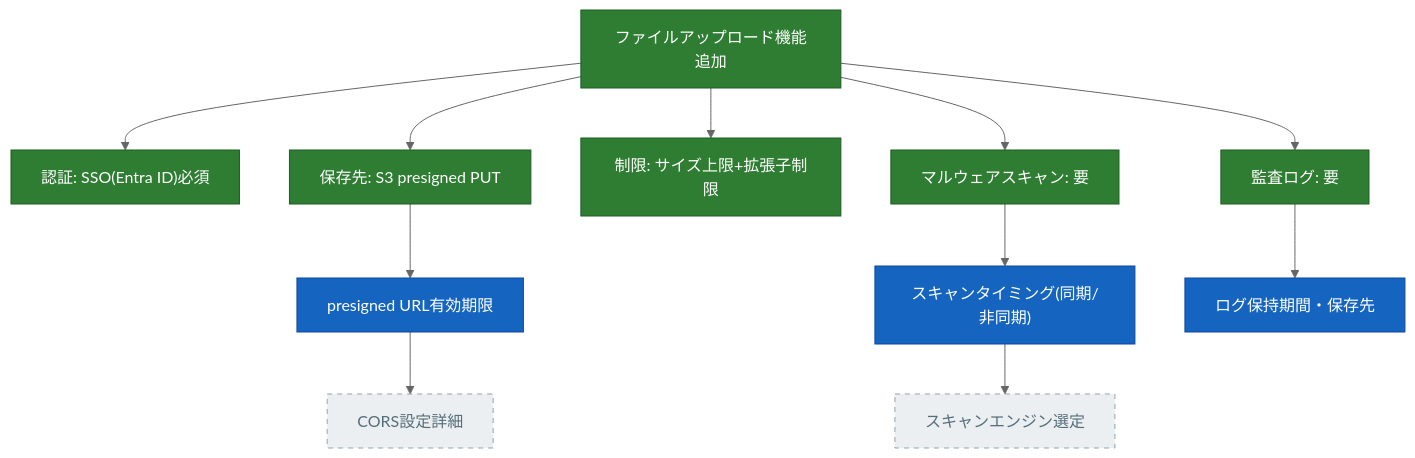
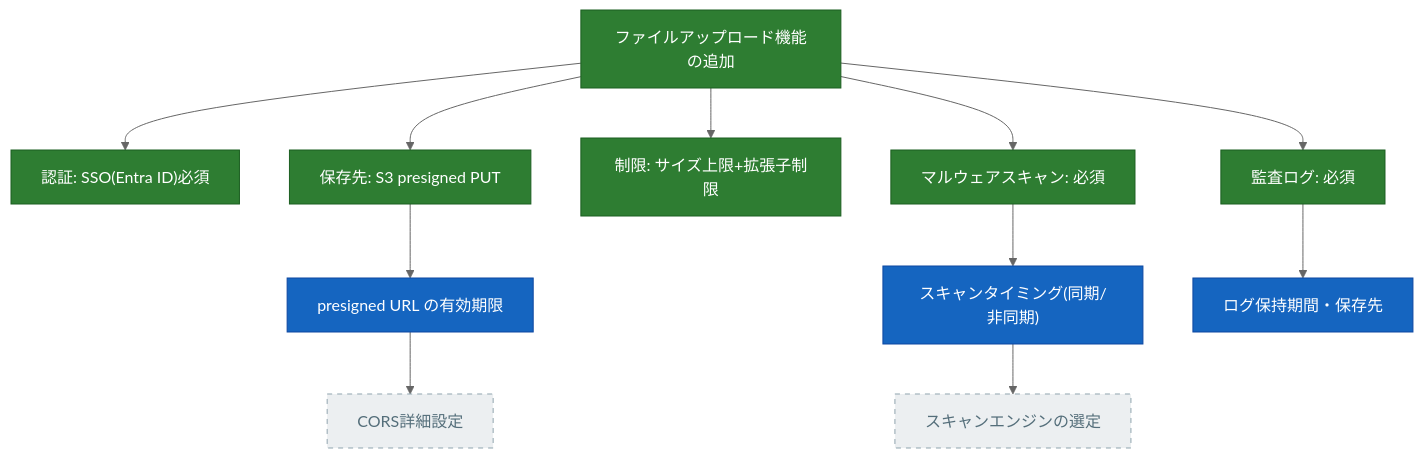
Before and after one commit to uehaj/zenn-articles: the fifth of 5 diagrams in articles/grilling-frontier-design-tree.md, drawn with Mermaid (neutral theme). The commit also changed other lines of this file, not shown here.

````diff
--- a/articles/grilling-frontier-design-tree.md
+++ b/articles/grilling-frontier-design-tree.md
@@ -202,36 +202,36 @@
 ```mermaid
 flowchart TB
-    root["ファイルアップロード機能追加"]
+    root["ファイルアップロード機能の追加"]
     auth["認証: SSO(Entra ID)必須"]
     storage["保存先: S3 presigned PUT"]
     restrict["制限: サイズ上限+拡張子制限"]
-    scan["マルウェアスキャン: 要"]
-    audit["監査ログ: 要"]
+    scan["マルウェアスキャン: 必須"]
+    audit["監査ログ: 必須"]
 
-    expiry["presigned URL有効期限"]
+    expiry["presigned URL の有効期限"]
     scantiming["スキャンタイミング(同期/非同期)"]
     logretention["ログ保持期間・保存先"]
 
-    cors["CORS設定詳細"]
-    scanengine["スキャンエンジン選定"]
+    cors["CORS詳細設定"]
+    scanengine["スキャンエンジンの選定"]
 
     root --> auth
     root --> storage
     root --> restrict
     root --> scan
     root --> audit
 
     storage --> expiry
     expiry --> cors
     scan --> scantiming
     scantiming --> scanengine
     audit --> logretention
 
     classDef decided fill:#2e7d32,stroke:#1b5e20,color:#ffffff
     classDef frontier fill:#1565c0,stroke:#0d47a1,color:#ffffff
     classDef waiting fill:#eceff1,stroke:#90a4ae,color:#546e7a,stroke-dasharray:5 5
 
     class root,auth,storage,restrict,scan,audit decided
     class expiry,scantiming,logretention frontier
     class cors,scanengine waiting
 ```
````
